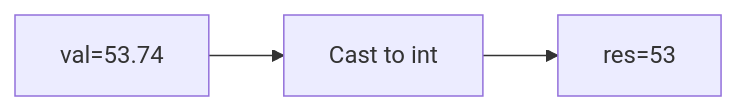
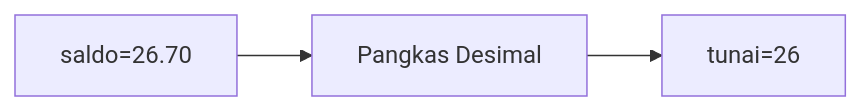
Before and after one commit to amnahwaida/OSNK_INF_PREP: diagram 12 of 25 in part-c-pemahaman-cpp/01-tipe-data/latihan/set-01.md, drawn with Mermaid. The commit also changed other lines of this file and 71 other files, not shown here.

````diff
--- a/part-c-pemahaman-cpp/01-tipe-data/latihan/set-01.md
+++ b/part-c-pemahaman-cpp/01-tipe-data/latihan/set-01.md
@@ -320,5 +336,5 @@
 ```mermaid
 graph LR
-A["val=53.74"] --> B["Cast to int"]
-B --> C["res=53"]
+A["saldo=26.70"] --> B["Pangkas Desimal"]
+B --> C["tunai=26"]
 ```
````
